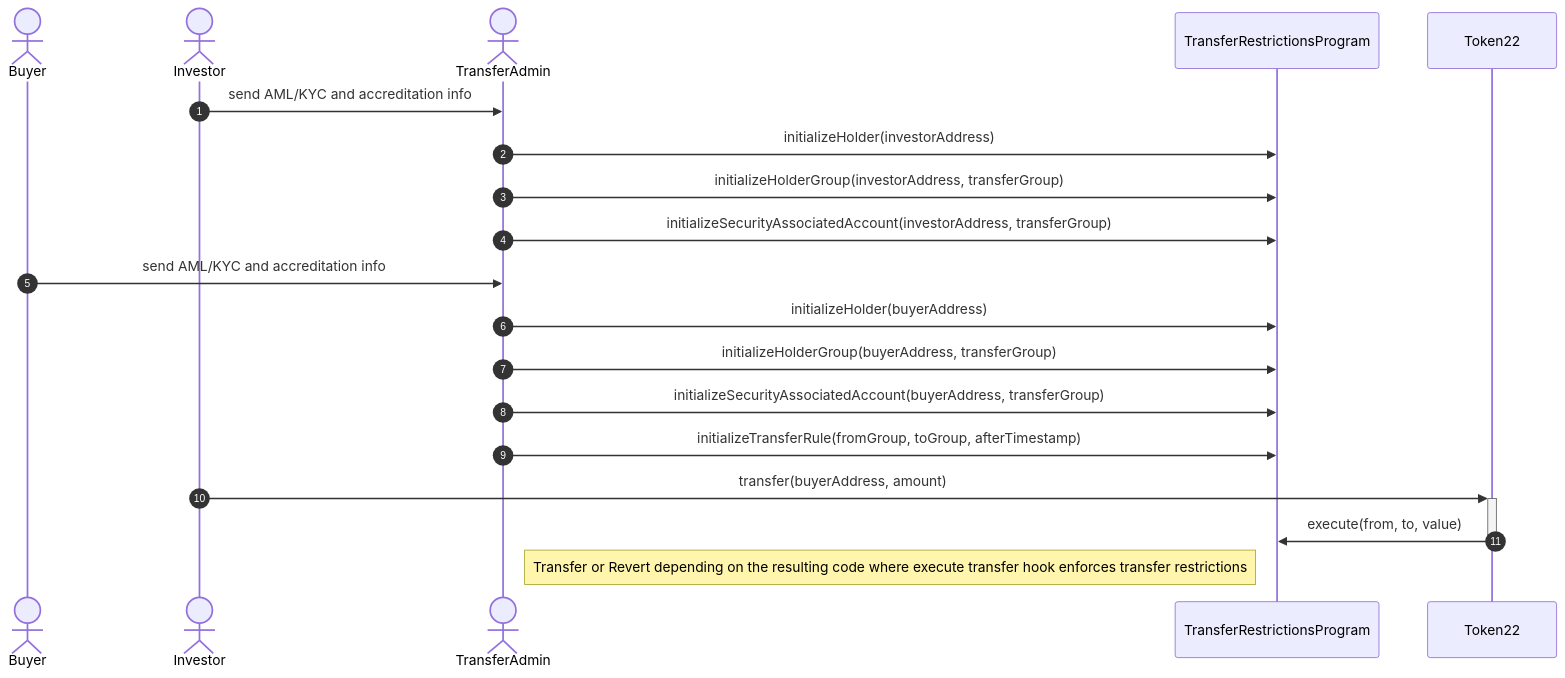
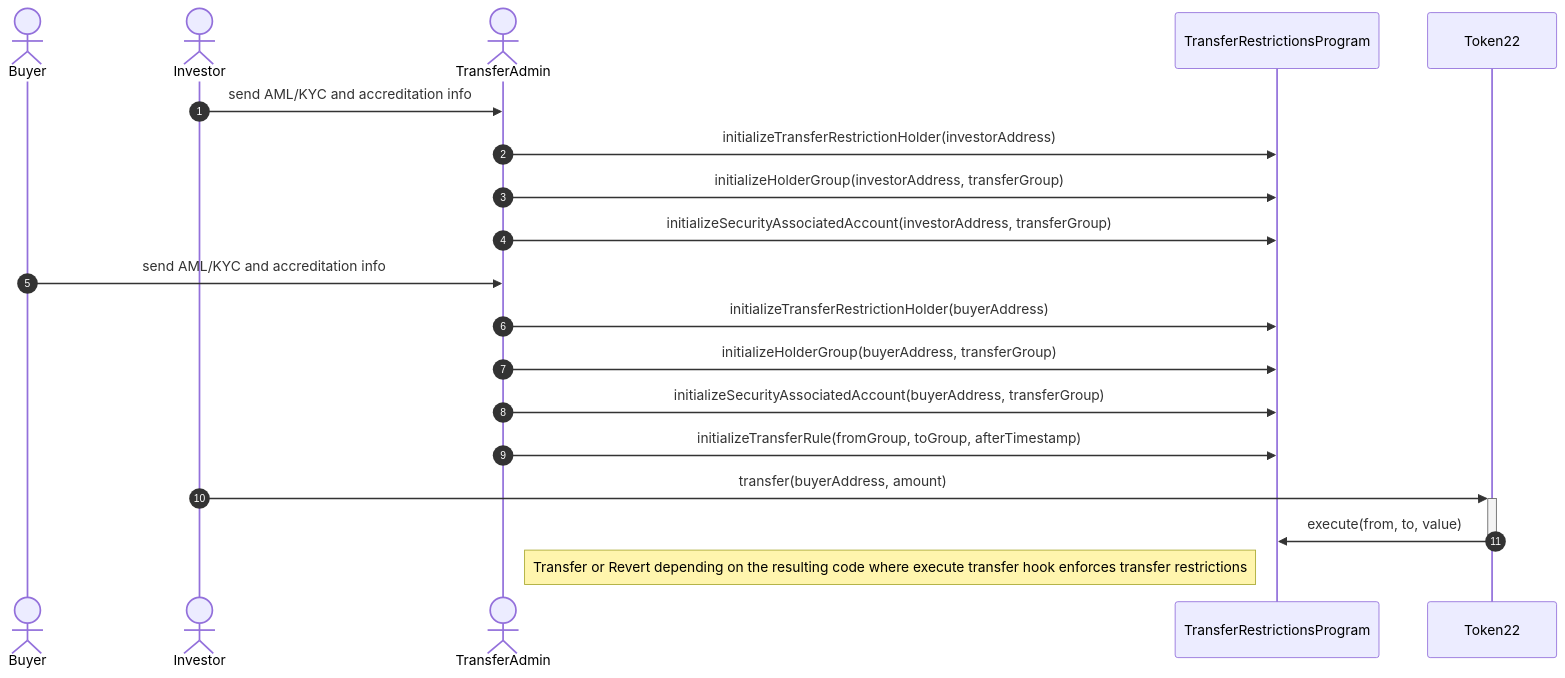
The second of 5 diagrams in README.md (CoMakery/solana-security-token), drawn with Mermaid before and after one commit. The commit also changed other lines of this file, not shown here.

````diff
--- a/README.md
+++ b/README.md
@@ -129,25 +129,25 @@
 ```mermaid
 sequenceDiagram
   autonumber
   actor Buyer
   actor Investor
   actor TransferAdmin
 
   participant TransferRestrictionsProgram
   participant Token22
 
   Investor ->> TransferAdmin: send AML/KYC and accreditation info
-  TransferAdmin ->> TransferRestrictionsProgram: initializeHolder(investorAddress)
+  TransferAdmin ->> TransferRestrictionsProgram: initializeTransferRestrictionHolder(investorAddress)
   TransferAdmin ->> TransferRestrictionsProgram: initializeHolderGroup(investorAddress, transferGroup)
   TransferAdmin ->> TransferRestrictionsProgram: initializeSecurityAssociatedAccount(investorAddress, transferGroup)
 
   Buyer ->> TransferAdmin: send AML/KYC and accreditation info
-  TransferAdmin ->> TransferRestrictionsProgram: initializeHolder(buyerAddress)
+  TransferAdmin ->> TransferRestrictionsProgram: initializeTransferRestrictionHolder(buyerAddress)
   TransferAdmin ->> TransferRestrictionsProgram: initializeHolderGroup(buyerAddress, transferGroup)
   TransferAdmin ->> TransferRestrictionsProgram: initializeSecurityAssociatedAccount(buyerAddress, transferGroup)
   TransferAdmin ->> TransferRestrictionsProgram: initializeTransferRule(fromGroup, toGroup, afterTimestamp)
 
   Investor ->>+ Token22: transfer(buyerAddress, amount)
   Token22 ->>- TransferRestrictionsProgram: execute(from, to, value)
   Note left of TransferRestrictionsProgram: Transfer or Revert depending on the resulting code where execute transfer hook enforces transfer restrictions
 ```
````
